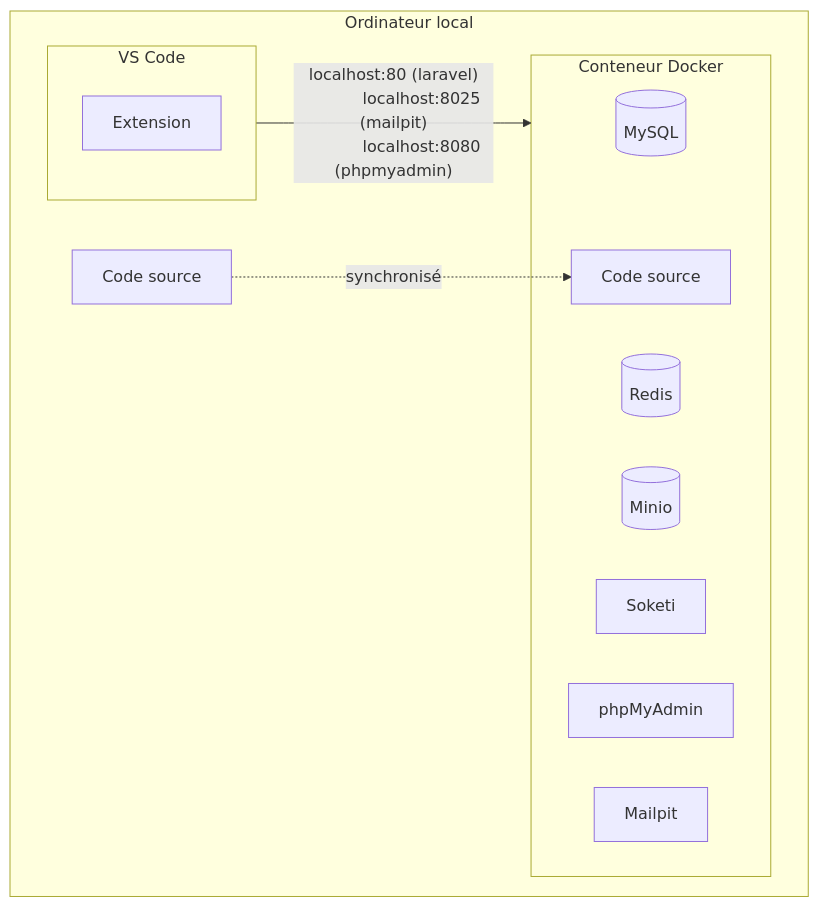
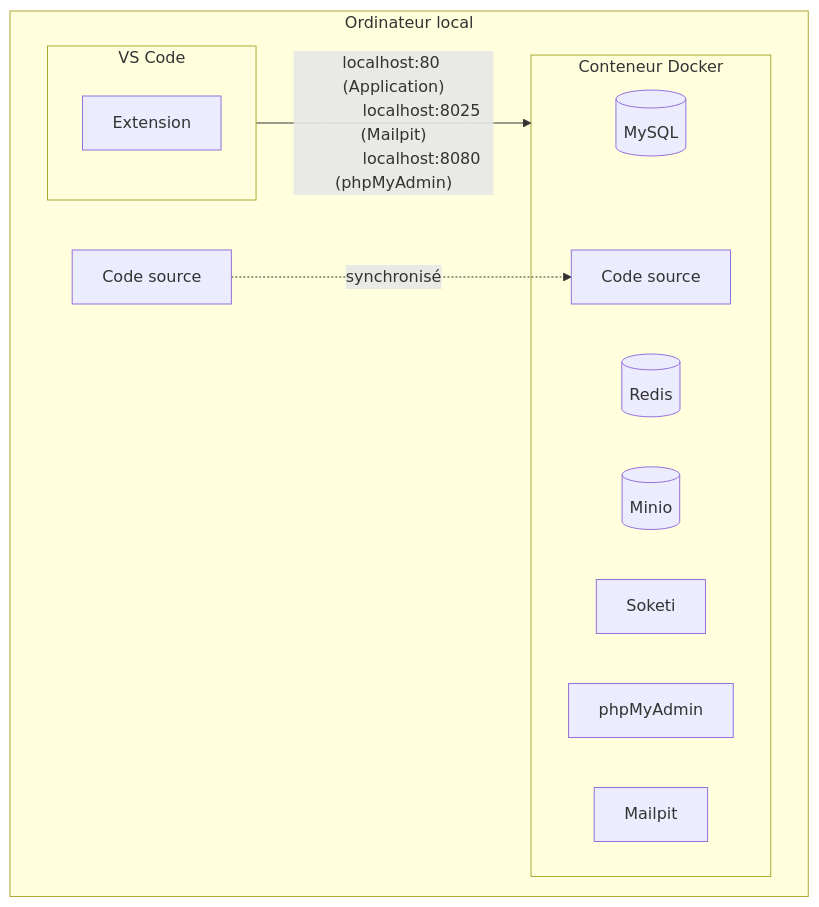
One commit to C-Super/couleur3 changed the diagram in docs/environnement/development-environment.md. Above: the diagram before and after it, drawn with Mermaid. The commit also changed other lines of this file and 4 other files, not shown here.

````diff
--- a/docs/environnement/development-environment.md
+++ b/docs/environnement/development-environment.md
@@ -3,27 +3,26 @@
 ```mermaid
 flowchart TB
     subgraph Ordinateur local
         subgraph vscode[VS Code]
             extension[Extension]
         end
 
         sourceCode[Code source]
         
-
         subgraph devContainer[Conteneur Docker]
             mysql[(MySQL)]
             redis[(Redis)]
             minio[(Minio)]
             soketi[Soketi]
             phpmyadmin[phpMyAdmin]
             mailpit[Mailpit]
             
             remoteSourceCode[Code source]
         end
 
-        vscode -->|"localhost:80 (laravel)
-            localhost:8025 (mailpit)
-            localhost:8080 (phpmyadmin)"| devContainer
+        vscode -->|"localhost:80 (Application)
+            localhost:8025 (Mailpit)
+            localhost:8080 (phpMyAdmin)"| devContainer
         sourceCode -.->|synchronisé| remoteSourceCode
     end
 ```
````
